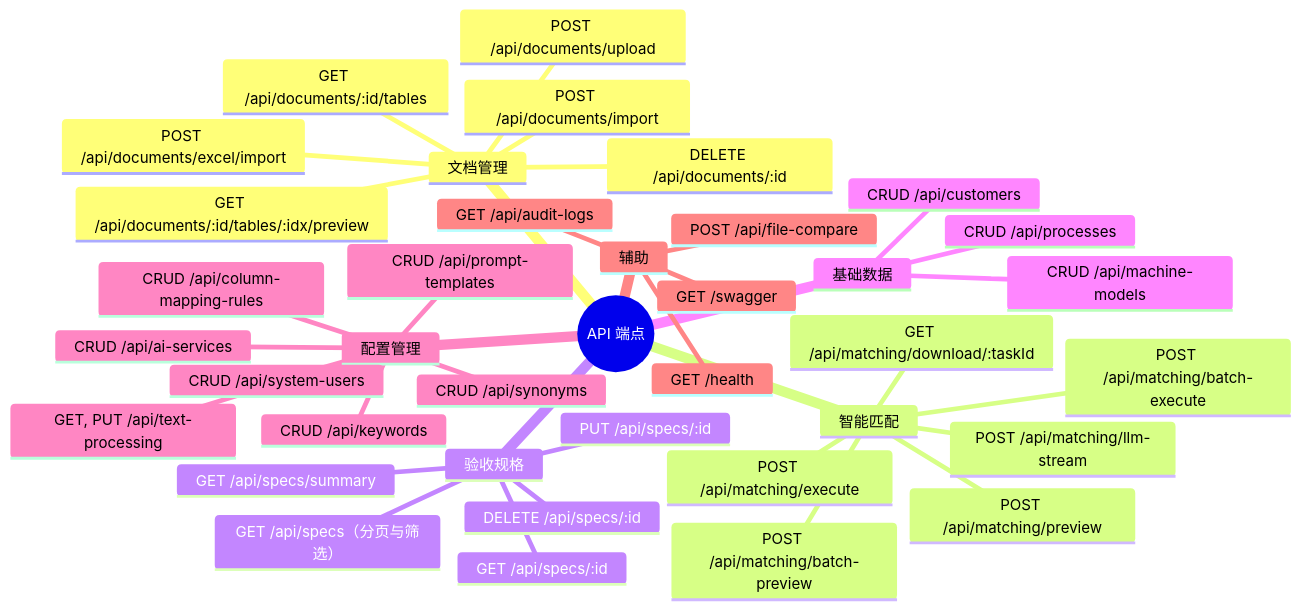
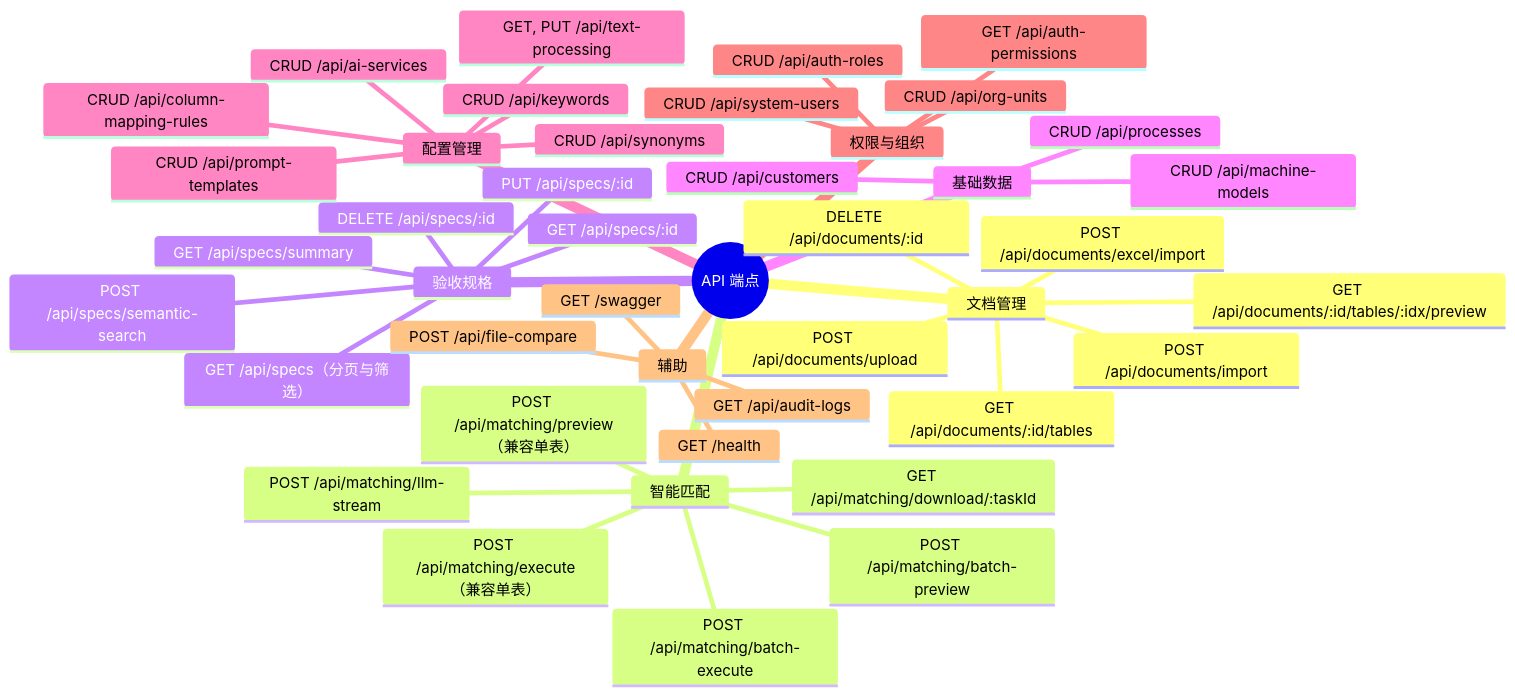
Diagram 16 of 28 in docs/design-overview.md (xiaocaiisxiaocai/AcceptanceSpecRecognition), drawn with Mermaid before and after one commit. The commit also changed other lines of this file and 51 other files, not shown here.

Commit message:
feat: add spec semantic search and improve ollama smart fill

````diff
--- a/docs/design-overview.md
+++ b/docs/design-overview.md
@@ -653,41 +749,46 @@
 ```mermaid
 mindmap
   root((API 端点))
     文档管理
       POST /api/documents/upload
       POST /api/documents/import
       POST /api/documents/excel/import
       GET /api/documents/:id/tables
       GET /api/documents/:id/tables/:idx/preview
       DELETE /api/documents/:id
     智能匹配
-      POST /api/matching/preview
-      POST /api/matching/execute
       POST /api/matching/batch-preview
       POST /api/matching/batch-execute
       POST /api/matching/llm-stream
       GET /api/matching/download/:taskId
+      POST /api/matching/preview（兼容单表）
+      POST /api/matching/execute（兼容单表）
     验收规格
       GET /api/specs/summary
       GET /api/specs（分页与筛选）
+      POST /api/specs/semantic-search
       GET /api/specs/:id
       PUT /api/specs/:id
       DELETE /api/specs/:id
     基础数据
       CRUD /api/customers
       CRUD /api/processes
       CRUD /api/machine-models
     配置管理
       CRUD /api/ai-services
       GET, PUT /api/text-processing
       CRUD /api/prompt-templates
       CRUD /api/column-mapping-rules
       CRUD /api/synonyms
       CRUD /api/keywords
+    权限与组织
+      CRUD /api/auth-roles
+      GET /api/auth-permissions
       CRUD /api/system-users
+      CRUD /api/org-units
     辅助
       GET /api/audit-logs
       POST /api/file-compare
       GET /health
       GET /swagger
 ```
````
